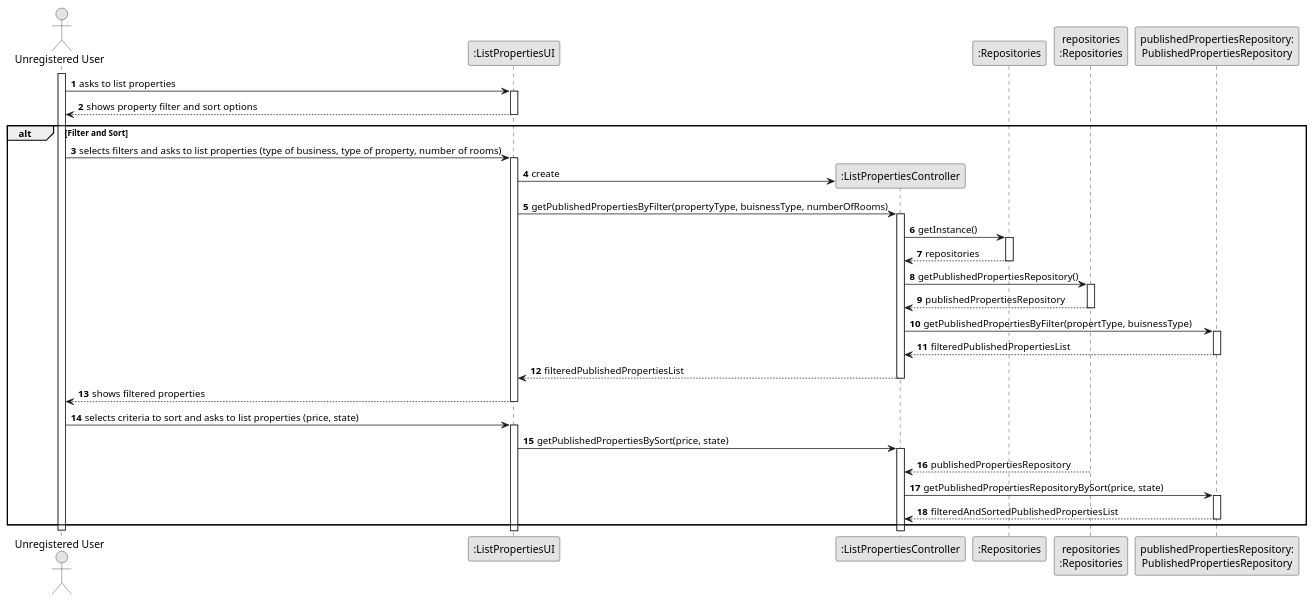
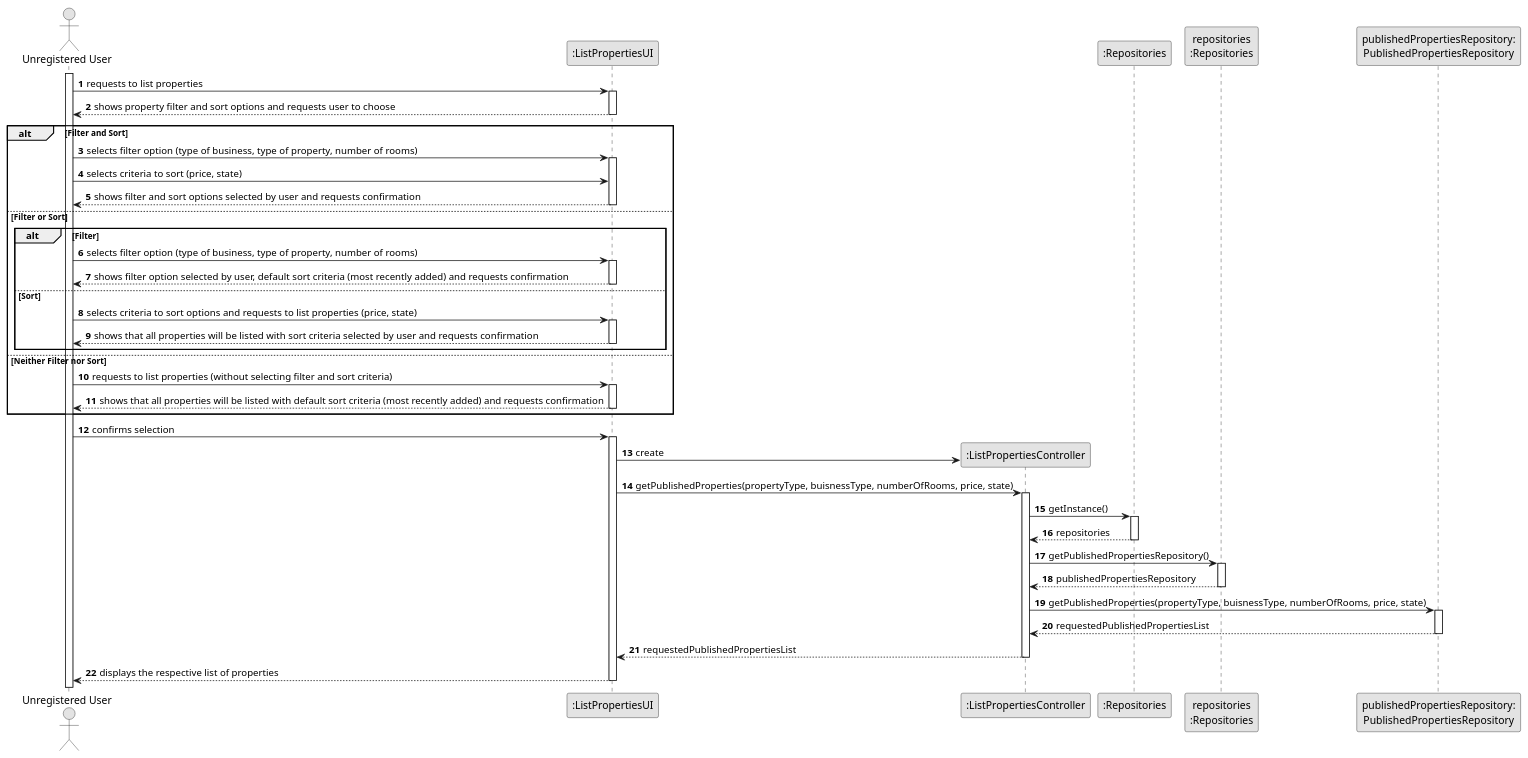
The diagram in docs/sprintB/us001/03.design/puml/us001-sequence-diagram-full.puml (Goncalves2525/real-estate-management-system), drawn with PlantUML before and after one commit. The commit also changed 1 other file, not shown here.

```diff
--- a/docs/sprintB/us001/03.design/puml/us001-sequence-diagram-full.puml
+++ b/docs/sprintB/us001/03.design/puml/us001-sequence-diagram-full.puml
@@ -1,82 +1,98 @@
 @startuml
 skinparam monochrome true
 skinparam packageStyle rectangle
 skinparam shadowing false
 
 autonumber
 
 'hide footbox
 actor "Unregistered User" as uUser
 participant ":ListPropertiesUI" as UI
 participant ":ListPropertiesController" as CTRL
 participant ":Repositories" as REPOS
 participant "repositories\n:Repositories" as repos
 participant "publishedPropertiesRepository:\nPublishedPropertiesRepository" as PublishedPropertiesRepository
 
 activate uUser
 
+            uUser -> UI : requests to list properties
+            activate UI
 
 
+            UI --> uUser : shows property filter and sort options and requests user to choose
 
-
-'            UI --> ADM : requests data (reference, description,  informal \n description, technical description, duration, cost)
-            'create CTRL
-            uUser -> UI : asks to list properties
-            activate UI
-
-            UI --> uUser : shows property filter and sort options
             deactivate UI
 
 
             alt Filter and Sort
-                uUser -> UI : selects filters and asks to list properties (type of business, type of property, number of rooms)
+
+                uUser -> UI : selects filter option (type of business, type of property, number of rooms)
                 activate UI
 
-                UI -> CTRL** : create
-
-                UI -> CTRL : getPublishedPropertiesByFilter(propertyType, buisnessType, numberOfRooms)
-                activate CTRL
-
-                CTRL -> REPOS : getInstance()
-                activate REPOS
-
-                REPOS --> CTRL: repositories
-                deactivate REPOS
-
-                CTRL -> repos : getPublishedPropertiesRepository()
-                activate repos
-
-                repos --> CTRL: publishedPropertiesRepository
-                deactivate repos
-
-                CTRL -> PublishedPropertiesRepository : getPublishedPropertiesByFilter(propertType, buisnessType)
-                activate PublishedPropertiesRepository
-
-                PublishedPropertiesRepository --> CTRL : filteredPublishedPropertiesList
+                uUser -> UI : selects criteria to sort (price, state)
                 deactivate PublishedPropertiesRepository
 
-                CTRL --> UI : filteredPublishedPropertiesList
-                deactivate CTRL
 
-                UI --> uUser : shows filtered properties
+                UI --> uUser : shows filter and sort options selected by user and requests confirmation
                 deactivate UI
 
-                uUser -> UI : selects criteria to sort and asks to list properties (price, state)
+            else Filter or Sort
+
+                alt Filter
+                    uUser -> UI : selects filter option (type of business, type of property, number of rooms)
+                    activate UI
+
+                    UI --> uUser: shows filter option selected by user, default sort criteria (most recently added) and requests confirmation
+                    deactivate UI
+
+                else Sort
+                    uUser -> UI: selects criteria to sort options and requests to list properties (price, state)
+                    activate UI
+
+                    UI --> uUser : shows that all properties will be listed with sort criteria selected by user and requests confirmation
+                    deactivate UI
+                end
+
+            else Neither Filter nor Sort
+                uUser -> UI : requests to list properties (without selecting filter and sort criteria)
                 activate UI
 
-                UI -> CTRL : getPublishedPropertiesBySort(price, state)
-                activate CTRL
+                UI --> uUser : shows that all properties will be listed with default sort criteria (most recently added) and requests confirmation
+                deactivate UI
 
-                repos --> CTRL : publishedPropertiesRepository
-                deactivate repos
-
-                CTRL -> PublishedPropertiesRepository : getPublishedPropertiesRepositoryBySort(price, state)
-                activate PublishedPropertiesRepository
-
-                PublishedPropertiesRepository --> CTRL : filteredAndSortedPublishedPropertiesList
-                deactivate PublishedPropertiesRepository
             end
 
-deactivate uUser
+            uUser -> UI : confirms selection
+            activate UI
+
+            UI -> CTRL** : create
+            UI -> CTRL : getPublishedProperties(propertyType, buisnessType, numberOfRooms, price, state)
+
+            activate CTRL
+
+            CTRL -> REPOS : getInstance()
+            activate REPOS
+
+            REPOS --> CTRL: repositories
+            deactivate REPOS
+
+            CTRL -> repos : getPublishedPropertiesRepository()
+            activate repos
+
+            repos --> CTRL: publishedPropertiesRepository
+            deactivate repos
+
+            CTRL -> PublishedPropertiesRepository : getPublishedProperties(propertyType, buisnessType, numberOfRooms, price, state)
+            activate PublishedPropertiesRepository
+
+            PublishedPropertiesRepository --> CTRL : requestedPublishedPropertiesList
+            deactivate PublishedPropertiesRepository
+
+            CTRL --> UI : requestedPublishedPropertiesList
+            deactivate CTRL
+
+            UI --> uUser : displays the respective list of properties
+            deactivate UI
+
 
 @enduml
```
